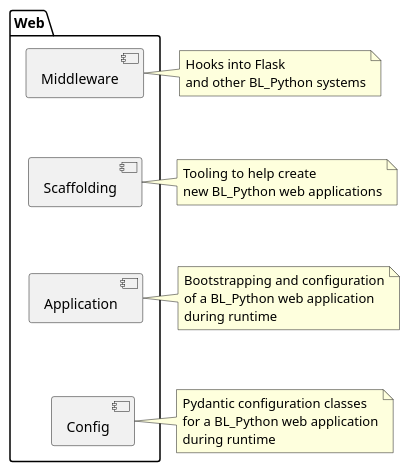
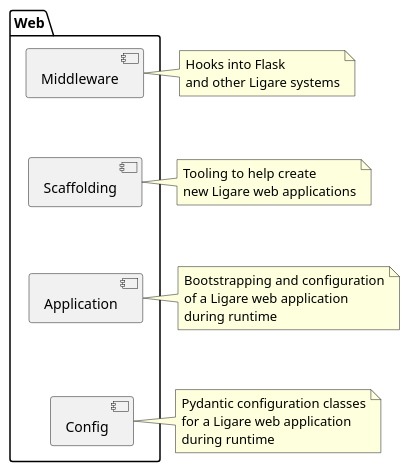
Before and after one commit to uclahs-cds/Ligare: the diagram in docs/repository_structure/web.puml, drawn with PlantUML. The commit also changed 219 other files, not shown here.

First line of the commit message:
Rename all BL Python references to Ligare.

```diff
--- a/docs/repository_structure/web.puml
+++ b/docs/repository_structure/web.puml
@@ -1,65 +1,65 @@
 @startuml
 package Web {
     [Middleware] as middleware
     [Scaffolding] as scaffolding
     [Application] as application
     [Config] as config
 }
 
 middleware -down[hidden]-> scaffolding
 scaffolding -down[hidden]-> application
 application -down[hidden]-> config
 
 note right of middleware
     Hooks into Flask
-    and other BL_Python systems
+    and other Ligare systems
 endnote
 
 note left of scaffolding
     Tooling to help create
-    new BL_Python web applications
+    new Ligare web applications
 endnote
 
 note left of application
     Bootstrapping and configuration
-    of a BL_Python web application
+    of a Ligare web application
     during runtime
 endnote
 
 note left of config
     Pydantic configuration classes
-    for a BL_Python web application
+    for a Ligare web application
     during runtime
 endnote
 
 
 
 /'
 flask -down[hidden]-> config
 config -down[hidden]-> connexion
 blueprints -down[hidden]-> identity
 identity -down[hidden]-> dependencyinjection
 
 note right of flask
     Minimal API
     framework
 endnote
 note left of config
     YAML application
     configuration
 endnote
 note bottom of api
     API endpoint
     management
 endnote
 note left of identity
     User authentication
     and authorization
 endnote
 note left of dependencyinjection
     Control and usage of
     runtime dependencies
 endnote
 '/
 
 @enduml
```
